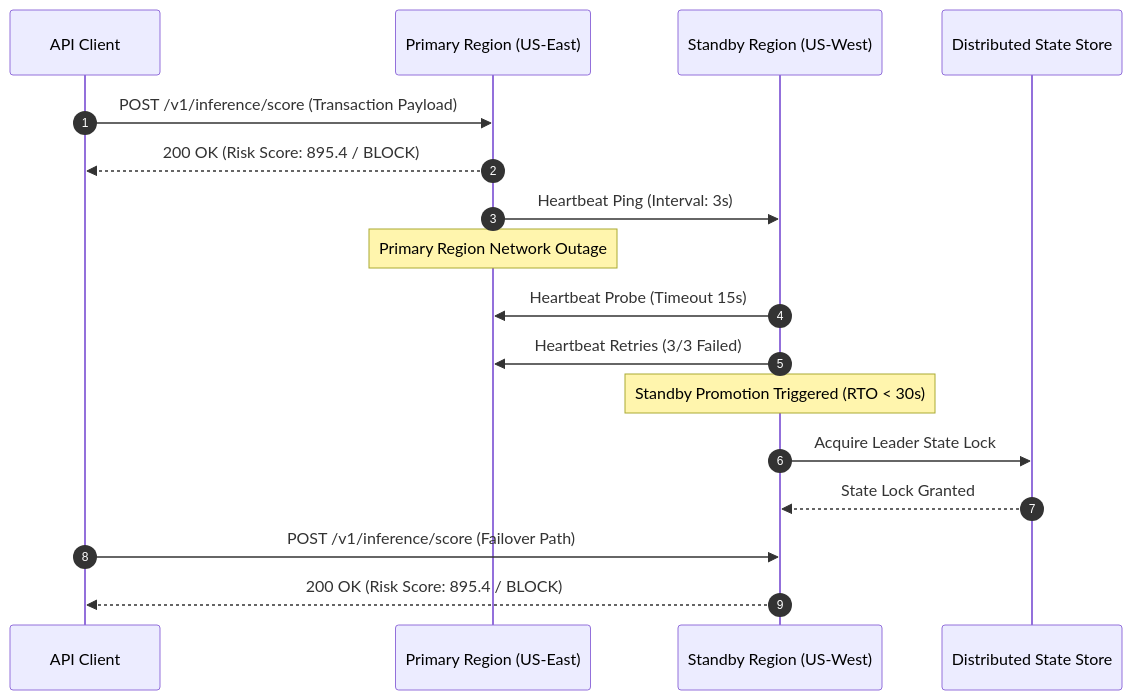
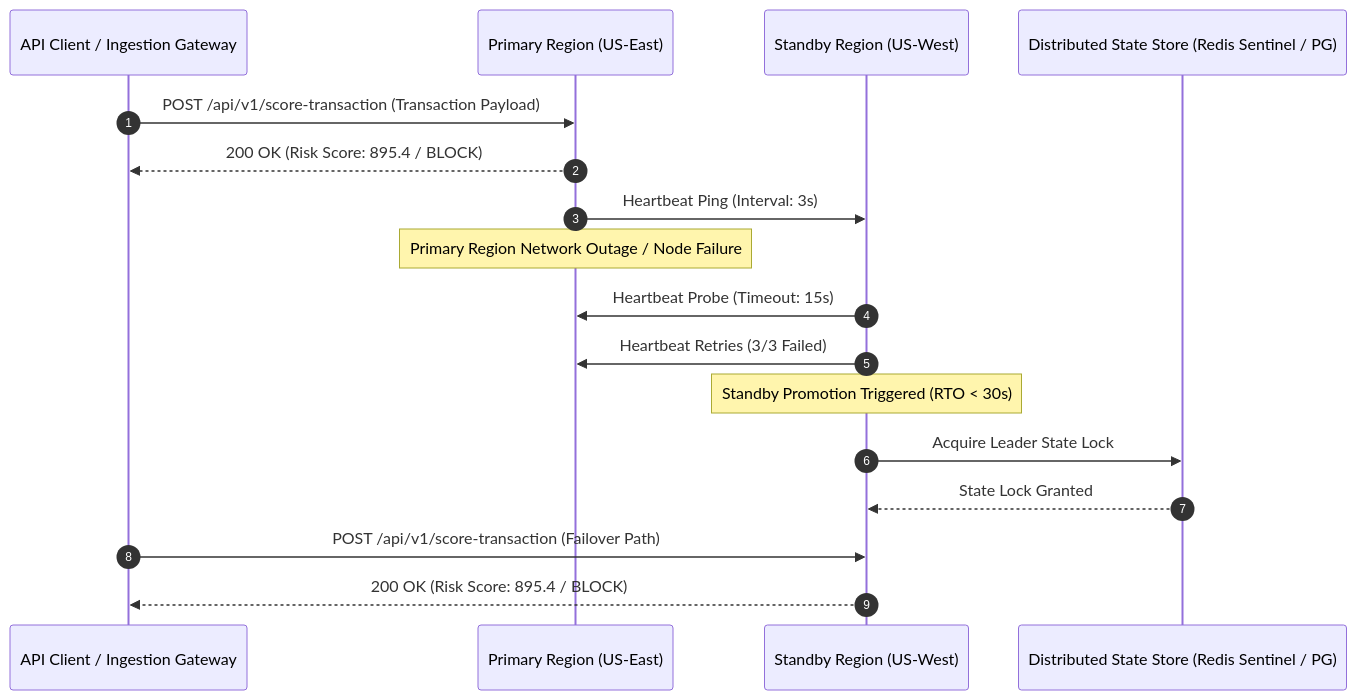
Before and after one commit to yusufcalisir/CF-Intelligence: the first of 4 diagrams in README.md, drawn with Mermaid. The commit also changed other lines of this file, not shown here.

First line of the commit message:
docs(readme): reconstruct architectural narrative around current platform runtime contracts

````diff
--- a/README.md
+++ b/README.md
@@ -283,24 +262,24 @@
 ```mermaid
 sequenceDiagram
     autonumber
-    participant App as API Client
+    participant App as API Client / Ingestion Gateway
     participant Primary as Primary Region (US-East)
     participant Standby as Standby Region (US-West)
-    participant State as Distributed State Store
+    participant State as Distributed State Store (Redis Sentinel / PG)
 
-    App->>Primary: POST /v1/inference/score (Transaction Payload)
+    App->>Primary: POST /api/v1/score-transaction (Transaction Payload)
     Primary-->>App: 200 OK (Risk Score: 895.4 / BLOCK)
     Primary->>Standby: Heartbeat Ping (Interval: 3s)
     
-    Note over Primary: Primary Region Network Outage
+    Note over Primary: Primary Region Network Outage / Node Failure
     
-    Standby->>Primary: Heartbeat Probe (Timeout 15s)
+    Standby->>Primary: Heartbeat Probe (Timeout: 15s)
     Standby->>Primary: Heartbeat Retries (3/3 Failed)
     
     Note over Standby: Standby Promotion Triggered (RTO < 30s)
     Standby->>State: Acquire Leader State Lock
     State-->>Standby: State Lock Granted
     
-    App->>Standby: POST /v1/inference/score (Failover Path)
+    App->>Standby: POST /api/v1/score-transaction (Failover Path)
     Standby-->>App: 200 OK (Risk Score: 895.4 / BLOCK)
 ```
````
